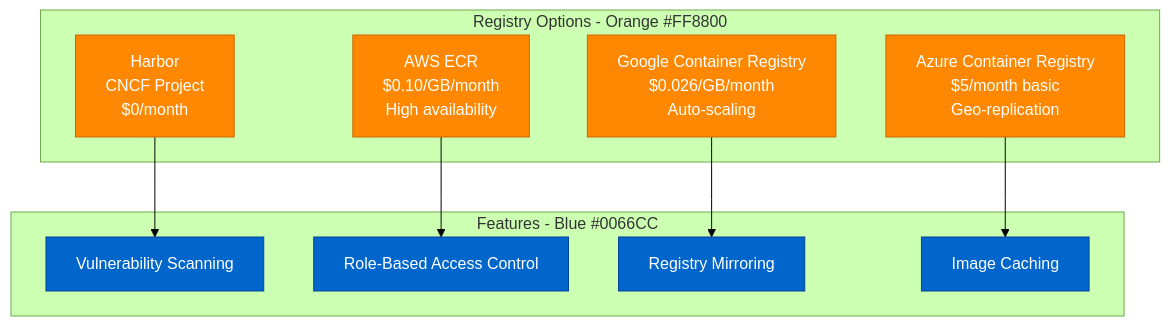
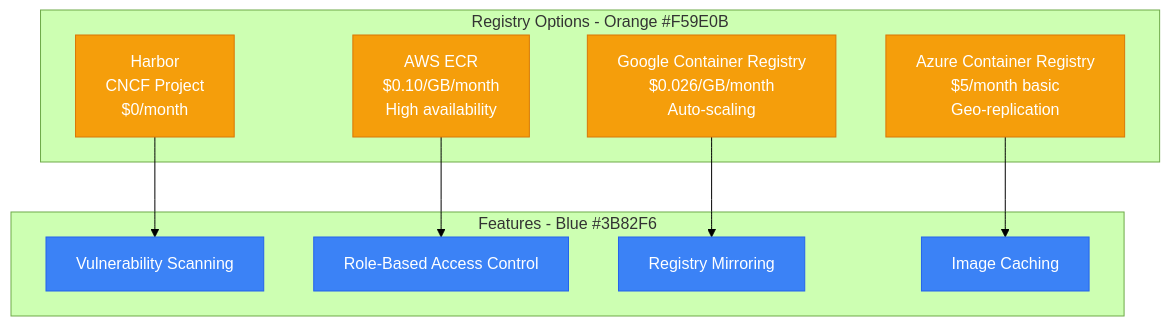
Before and after one commit to deepaucksharma/DS: the third of 3 diagrams in site/docs/debugging/container-registry-issues-debugging.md, drawn with Mermaid (forest theme). The commit also changed other lines of this file and 187 other files, not shown here.

````diff
--- a/site/docs/debugging/container-registry-issues-debugging.md
+++ b/site/docs/debugging/container-registry-issues-debugging.md
@@ -163,27 +163,27 @@
 ```mermaid
 graph TB
-    subgraph Registry[Registry Options - Orange #FF8800]
+    subgraph Registry[Registry Options - Orange #F59E0B]
         HARBOR[Harbor<br/>CNCF Project<br/>$0/month]
         ECR[AWS ECR<br/>$0.10/GB/month<br/>High availability]
         GCR[Google Container Registry<br/>$0.026/GB/month<br/>Auto-scaling]
         ACR[Azure Container Registry<br/>$5/month basic<br/>Geo-replication]
     end
 
-    subgraph Features[Features - Blue #0066CC]
+    subgraph Features[Features - Blue #3B82F6]
         SCAN[Vulnerability Scanning]
         RBAC[Role-Based Access Control]
         MIRROR[Registry Mirroring]
         CACHE[Image Caching]
     end
 
     HARBOR --> SCAN
     ECR --> RBAC
     GCR --> MIRROR
     ACR --> CACHE
 
-    classDef registryStyle fill:#FF8800,stroke:#CC6600,color:#fff
-    classDef featureStyle fill:#0066CC,stroke:#004499,color:#fff
+    classDef registryStyle fill:#F59E0B,stroke:#D97706,color:#fff
+    classDef featureStyle fill:#3B82F6,stroke:#2563EB,color:#fff
 
     class HARBOR,ECR,GCR,ACR registryStyle
     class SCAN,RBAC,MIRROR,CACHE featureStyle
 ```
````
